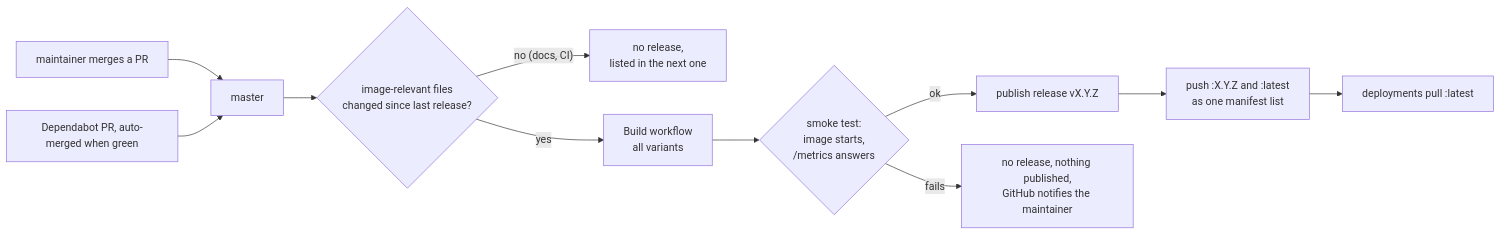
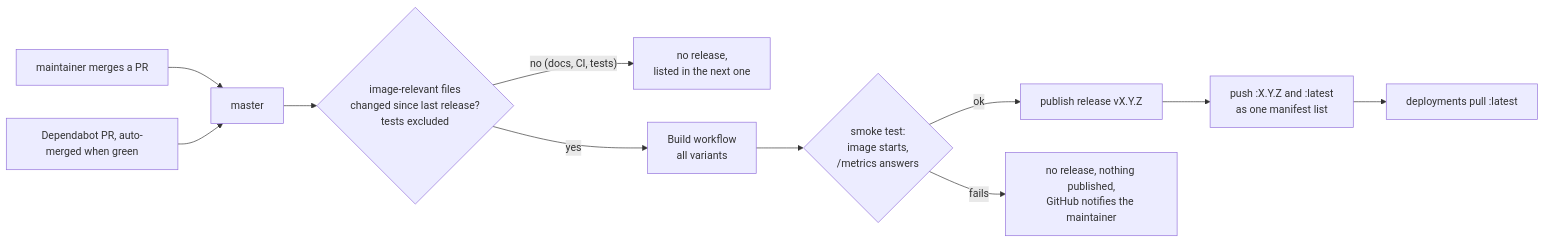
The diagram in RELEASING.md (motwok/npm-switchyard), drawn with Mermaid before and after one commit. The commit also changed other lines of this file and 2 other files, not shown here.

Commit message:
ci: draft release notes only when releasing (#15)

````diff
--- a/RELEASING.md
+++ b/RELEASING.md
@@ -32,13 +32,13 @@
 ```mermaid
 flowchart LR
   O[maintainer merges a PR] --> M[master]
   D[Dependabot PR, auto-merged when green] --> M
-  M --> C{image-relevant files<br/>changed since last release?}
-  C -- "no (docs, CI)" --> Q[no release,<br/>listed in the next one]
+  M --> C{image-relevant files<br/>changed since last release?<br/>tests excluded}
+  C -- "no (docs, CI, tests)" --> Q[no release,<br/>listed in the next one]
   C -- yes --> B[Build workflow<br/>all variants]
   B --> T{smoke test:<br/>image starts,<br/>/metrics answers}
   T -- ok --> R[publish release vX.Y.Z]
   R --> G["push :X.Y.Z and :latest<br/>as one manifest list"]
   T -- fails --> N[no release, nothing published,<br/>GitHub notifies the maintainer]
   G --> P[deployments pull :latest]
 ```
````
